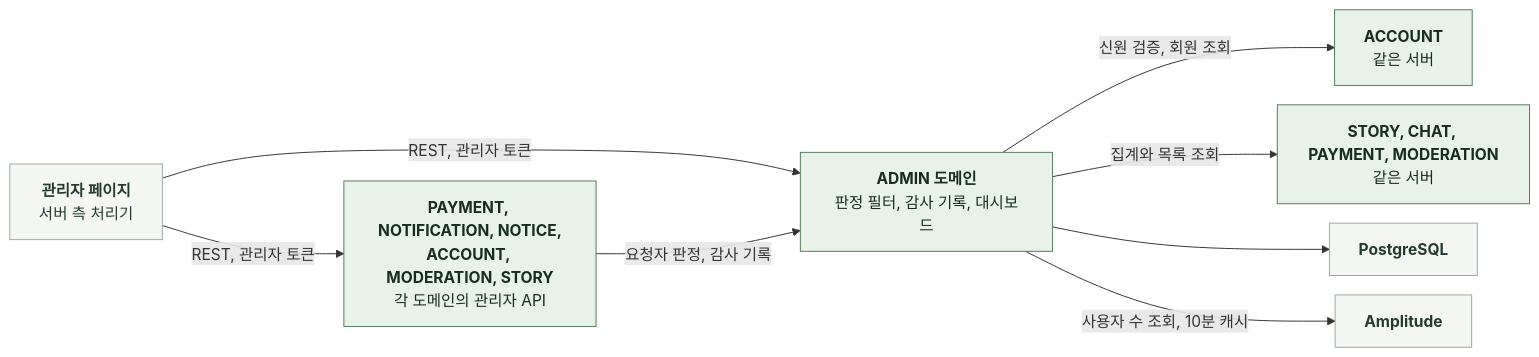
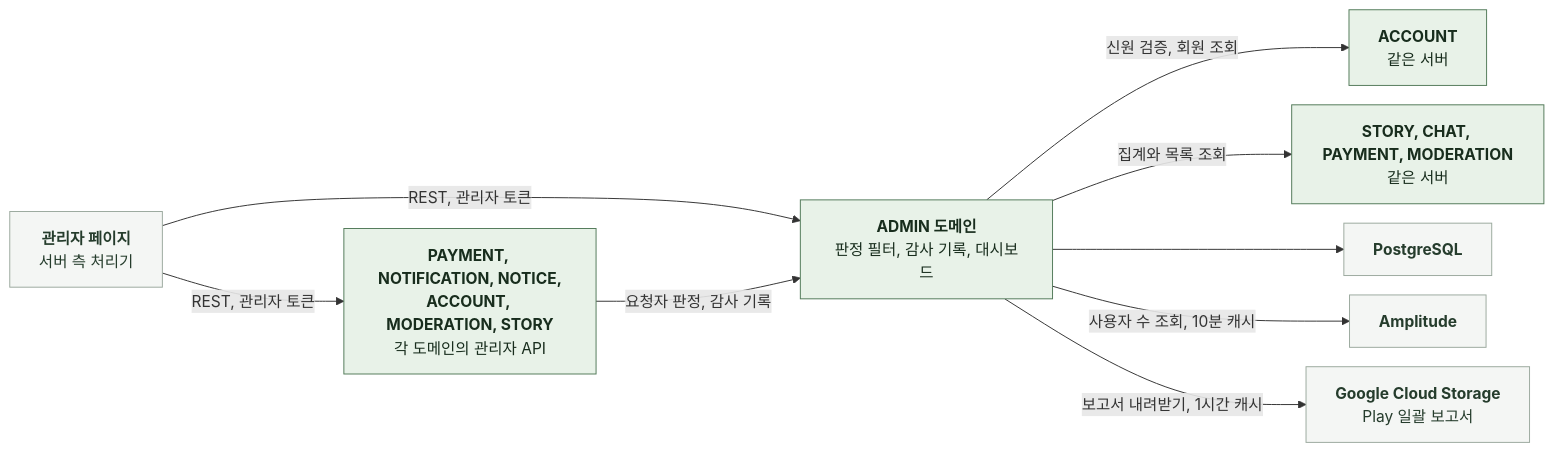
The diagram in docs/domain/ADMIN/BACKEND/3-1-SOFTWARE-ARCHITECTURE.md (KIM-N-KANG/knk-harness), drawn with Mermaid before and after one commit. The commit also changed other lines of this file and 11 other files, not shown here.

````diff
--- a/docs/domain/ADMIN/BACKEND/3-1-SOFTWARE-ARCHITECTURE.md
+++ b/docs/domain/ADMIN/BACKEND/3-1-SOFTWARE-ARCHITECTURE.md
@@ -20,21 +21,23 @@
 ```mermaid
 %%{init: {"flowchart": {"curve": "basis", "nodeSpacing": 20, "rankSpacing": 60}}}%%
 flowchart LR
     A["`**관리자 페이지**
 서버 측 처리기`"] -->|REST, 관리자 토큰| S["`**ADMIN 도메인**
 판정 필터, 감사 기록, 대시보드`"]
     A -->|REST, 관리자 토큰| O["`**PAYMENT, NOTIFICATION, NOTICE,
 ACCOUNT, MODERATION, STORY**
 각 도메인의 관리자 API`"]
     O -->|요청자 판정, 감사 기록| S
     S -->|신원 검증, 회원 조회| AC["`**ACCOUNT**
 같은 서버`"]
     S -->|집계와 목록 조회| R["`**STORY, CHAT, PAYMENT, MODERATION**
 같은 서버`"]
     S --> DB["`**PostgreSQL**`"]
     S -->|사용자 수 조회, 10분 캐시| AM["`**Amplitude**`"]
+    S -->|보고서 내려받기, 1시간 캐시| GCS["`**Google Cloud Storage**
+Play 일괄 보고서`"]
     classDef ext fill:#F4F6F4,stroke:#9BA99E,color:#253C2C
     classDef comp fill:#E8F2E8,stroke:#527A59,color:#182D1D
-    class A,DB,AM ext
+    class A,DB,AM,GCS ext
     class S,O,AC,R comp
 ```
````
